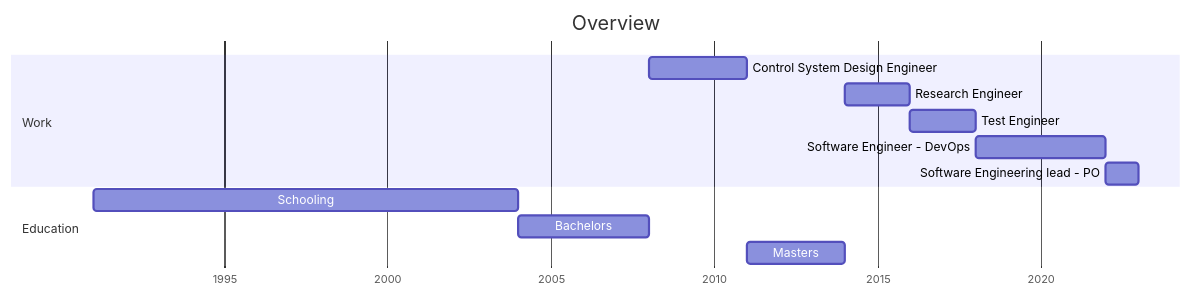
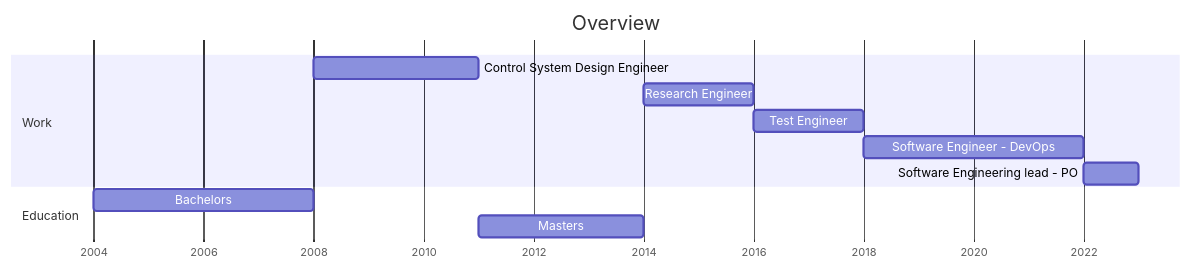
One commit to kar-ven/kar-ven.github.io changed the diagram in README.md. Above: the diagram before and after it, drawn with Mermaid.

Commit message:
remove schooling

```diff
--- a/README.md
+++ b/README.md
@@ -5,17 +5,16 @@
 <pre class="mermaid">
 gantt
     title Overview
     dateFormat YYYY
     axisFormat %Y
     tickInterval 5Y
     section Work
     Control System Design Engineer :2008, 2011
     Research Engineer              :2014, 2016
     Test Engineer                  :2016, 2018
     Software Engineer - DevOps     :2018, 2022
     Software Engineering lead - PO :2022, 2023
     Section Education
-    Schooling                      :1991, 2004
     Bachelors                      :2004, 2008
     Masters                        :2011, 2014
 </pre>
```
